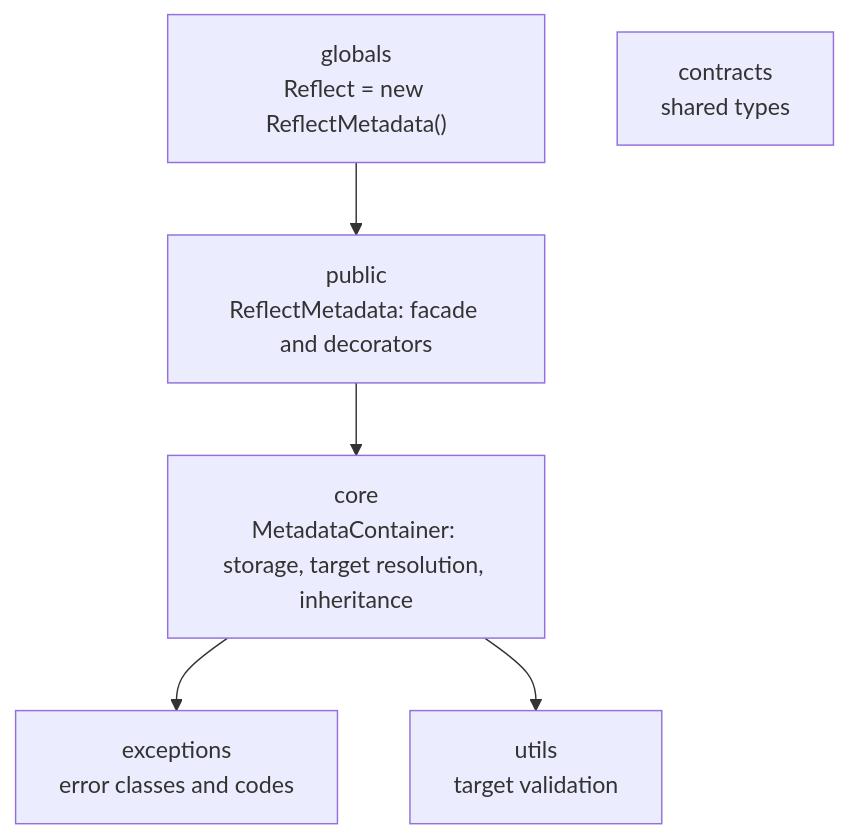
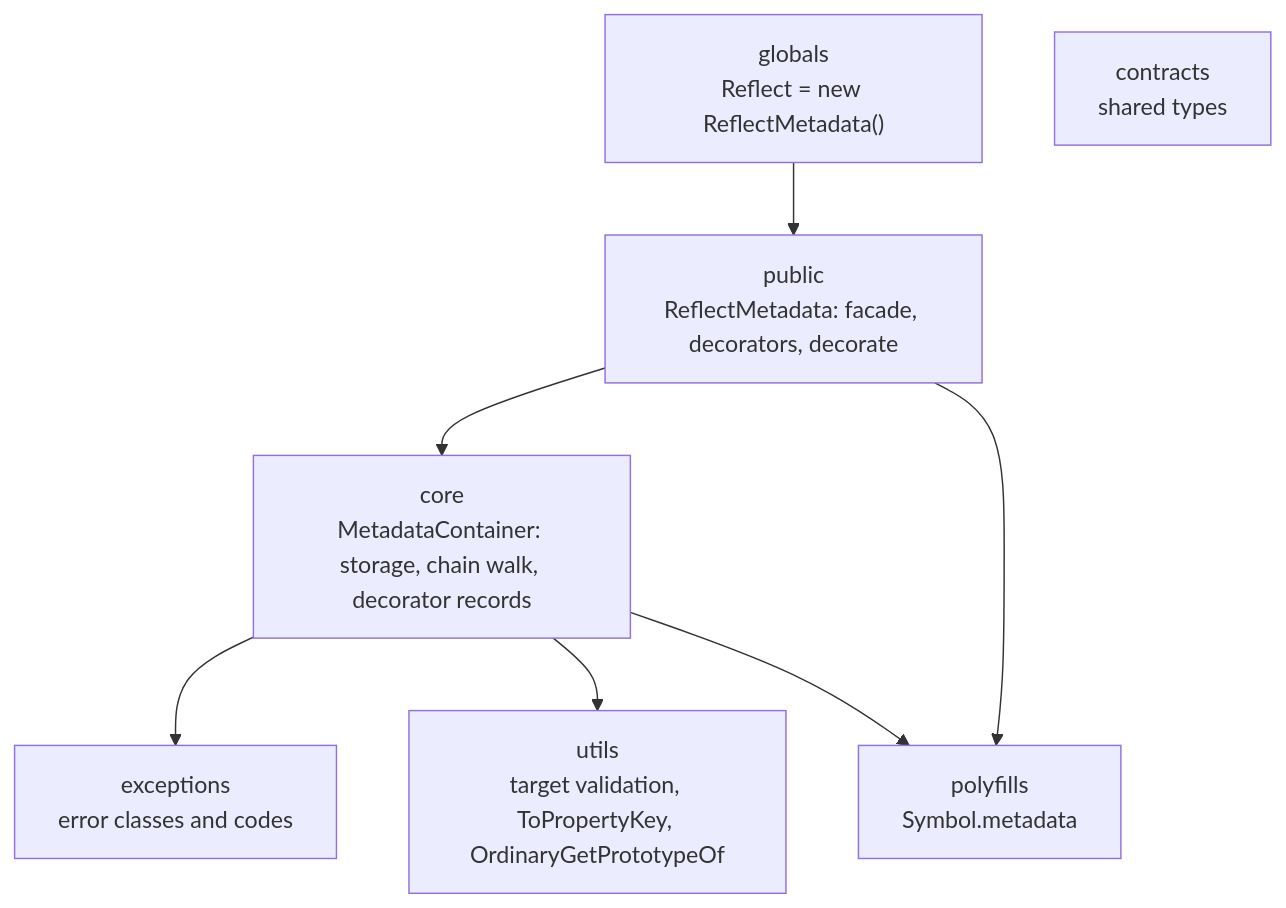
The first of 3 diagrams in docs/explanation/architecture/overview.md (esliph/metadata), drawn with Mermaid before and after one commit. The commit also changed other lines of this file and 19 other files, not shown here.

````diff
--- a/docs/explanation/architecture/overview.md
+++ b/docs/explanation/architecture/overview.md
@@ -9,10 +9,13 @@
 ```mermaid
 flowchart TD
   globals["globals<br/>Reflect = new ReflectMetadata()"] --> public
-  public["public<br/>ReflectMetadata: facade and decorators"] --> core
-  core["core<br/>MetadataContainer: storage, target resolution, inheritance"] --> exceptions
+  public["public<br/>ReflectMetadata: facade, decorators, decorate"] --> core
+  public --> polyfills
+  core["core<br/>MetadataContainer: storage, chain walk, decorator records"] --> exceptions
   core --> utils
+  core --> polyfills
   exceptions["exceptions<br/>error classes and codes"]
-  utils["utils<br/>target validation"]
+  utils["utils<br/>target validation, ToPropertyKey, OrdinaryGetPrototypeOf"]
+  polyfills["polyfills<br/>Symbol.metadata"]
   contracts["contracts<br/>shared types"]
 ```
````
